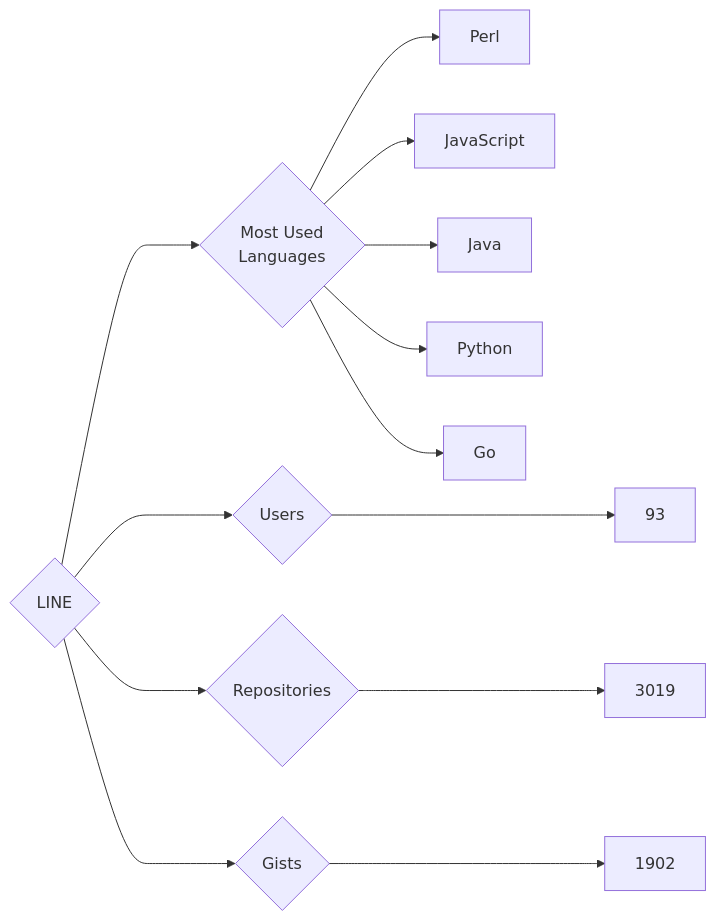
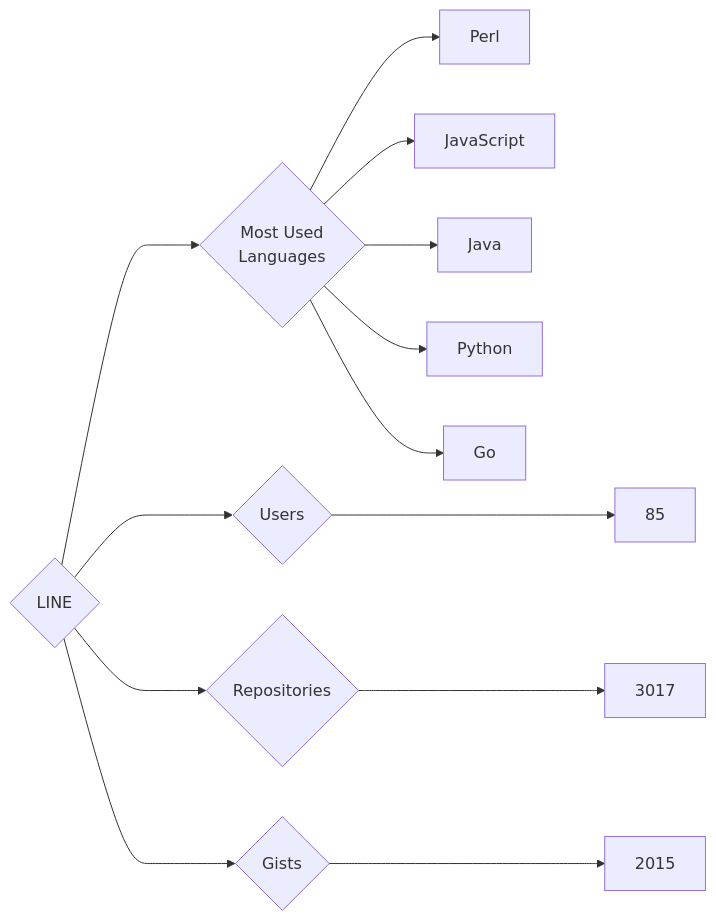
One commit to trickest/insiders changed the diagram in targets/LINE/README.md. Above: the diagram before and after it, drawn with Mermaid. The commit also changed 891 other files, not shown here.

````diff
--- a/targets/LINE/README.md
+++ b/targets/LINE/README.md
@@ -3,13 +3,13 @@
 ```mermaid
 graph LR
 COMPANY_NAME{LINE}
-COMPANY_NAME ---> U{Users} ---> UN[93]
-COMPANY_NAME ---> R{Repositories} ---> RN[3019]
-COMPANY_NAME ---> G{Gists} ---> GN[1902]
+COMPANY_NAME ---> U{Users} ---> UN[85]
+COMPANY_NAME ---> R{Repositories} ---> RN[3017]
+COMPANY_NAME ---> G{Gists} ---> GN[2015]
 COMPANY_NAME ---> ML{Most Used<br>Languages}
 ML --> Perl[Perl]
 ML --> JavaScript[JavaScript]
 ML --> Java[Java]
 ML --> Python[Python]
 ML --> Go[Go]
 ```
````
